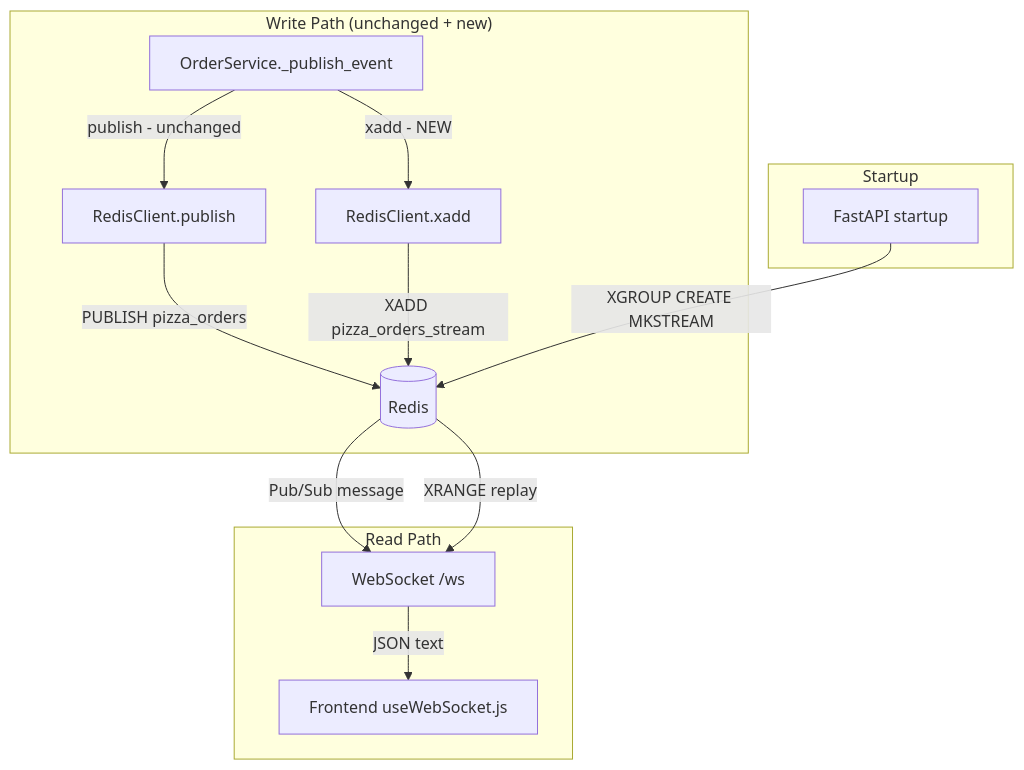
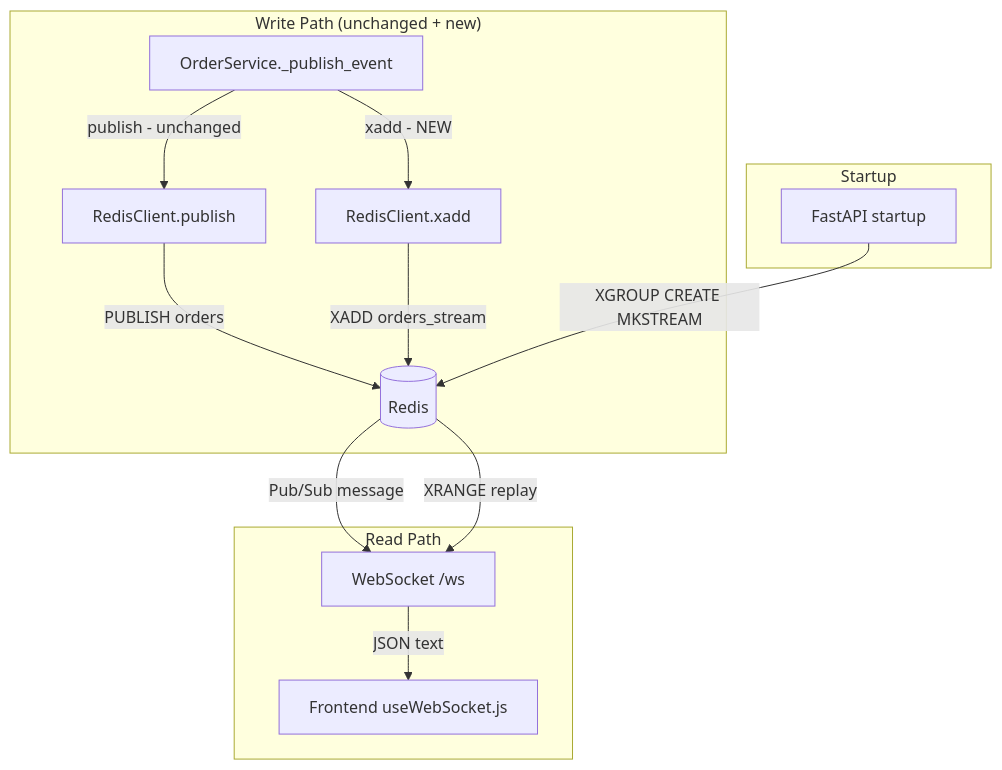
The diagram in .kiro/specs/redis-streams-migration/design.md (tukue/event-driven-platform), drawn with Mermaid before and after one commit. The commit also changed other lines of this file and 66 other files, not shown here.

````diff
--- a/.kiro/specs/redis-streams-migration/design.md
+++ b/.kiro/specs/redis-streams-migration/design.md
@@ -13,19 +13,19 @@
 ```mermaid
 graph TD
     subgraph "Write Path (unchanged + new)"
         OS[OrderService._publish_event] -->|publish - unchanged| RC_PUB[RedisClient.publish]
         OS -->|xadd - NEW| RC_XADD[RedisClient.xadd]
-        RC_PUB -->|PUBLISH pizza_orders| REDIS[(Redis)]
-        RC_XADD -->|XADD pizza_orders_stream| REDIS
+        RC_PUB -->|PUBLISH orders| REDIS[(Redis)]
+        RC_XADD -->|XADD orders_stream| REDIS
     end
 
     subgraph "Read Path"
         REDIS -->|Pub/Sub message| WS[WebSocket /ws]
         REDIS -->|XRANGE replay| WS
         WS -->|JSON text| FE[Frontend useWebSocket.js]
     end
 
     subgraph "Startup"
         APP[FastAPI startup] -->|XGROUP CREATE MKSTREAM| REDIS
     end
 ```
````
